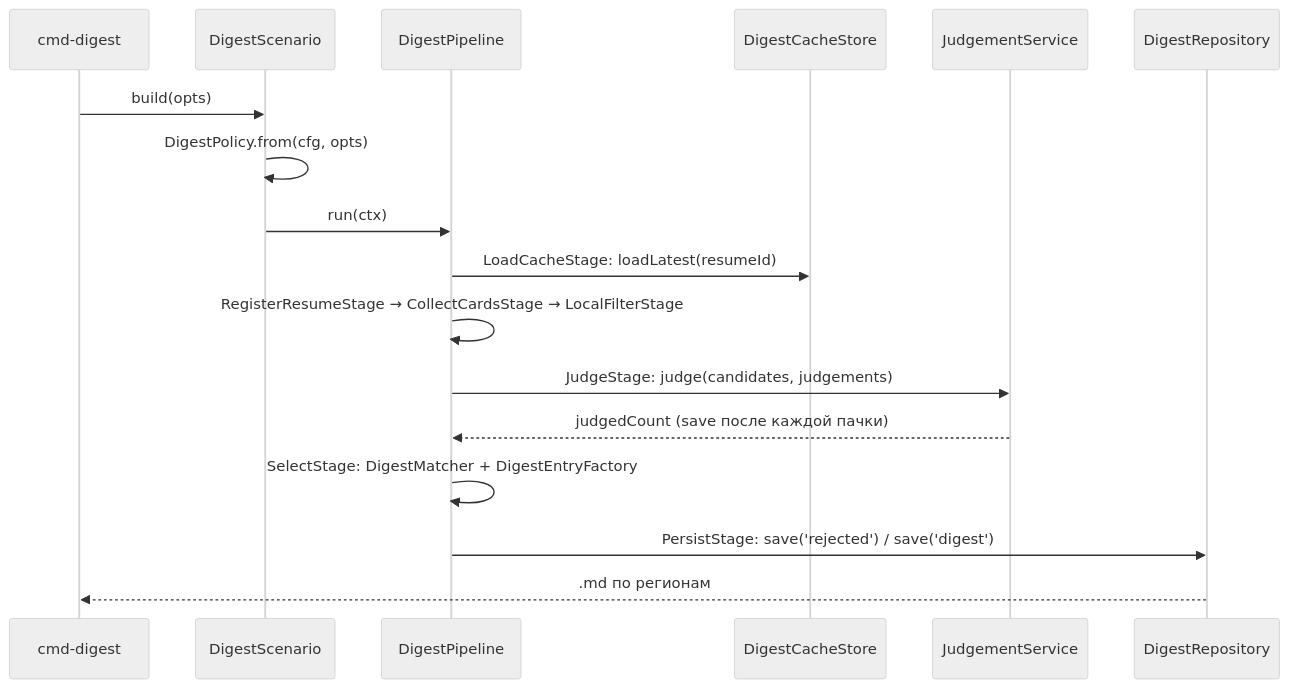
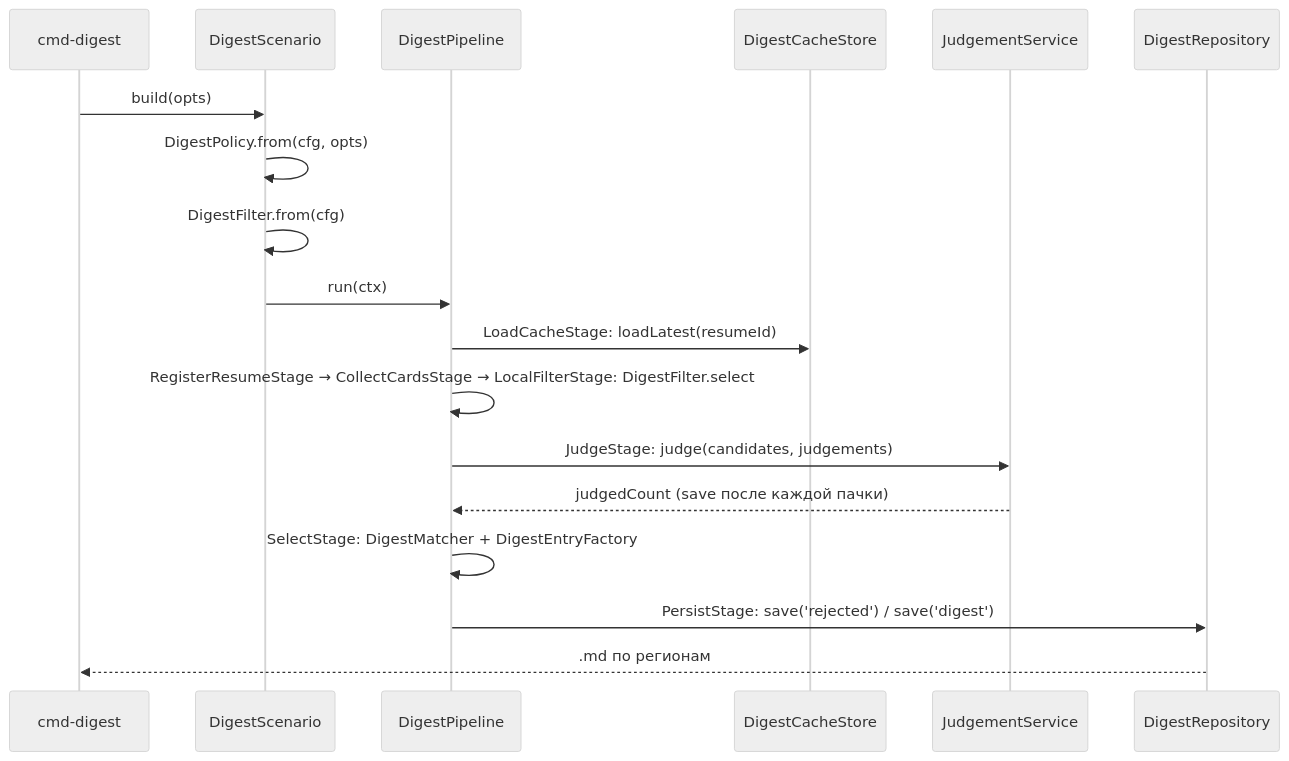
The second of 2 diagrams in docs/architecture.md (pzrkzrpzrk/auto-hh-cli), drawn with Mermaid (neutral theme) before and after one commit. The commit also changed other lines of this file and 9 other files, not shown here.

Commit message:
refactor(digest): extract DigestFilter domain service (stage 7.10)

````diff
--- a/docs/architecture.md
+++ b/docs/architecture.md
@@ -263,20 +275,21 @@
 ```mermaid
 sequenceDiagram
     participant CMD as cmd-digest
     participant S as DigestScenario
     participant P as DigestPipeline
     participant C as DigestCacheStore
     participant J as JudgementService
     participant R as DigestRepository
 
     CMD->>S: build(opts)
     S->>S: DigestPolicy.from(cfg, opts)
+    S->>S: DigestFilter.from(cfg)
     S->>P: run(ctx)
     P->>C: LoadCacheStage: loadLatest(resumeId)
-    P->>P: RegisterResumeStage → CollectCardsStage → LocalFilterStage
+    P->>P: RegisterResumeStage → CollectCardsStage → LocalFilterStage: DigestFilter.select
     P->>J: JudgeStage: judge(candidates, judgements)
     J-->>P: judgedCount (save после каждой пачки)
     P->>P: SelectStage: DigestMatcher + DigestEntryFactory
     P->>R: PersistStage: save('rejected') / save('digest')
     R-->>CMD: .md по регионам
 ```
````
